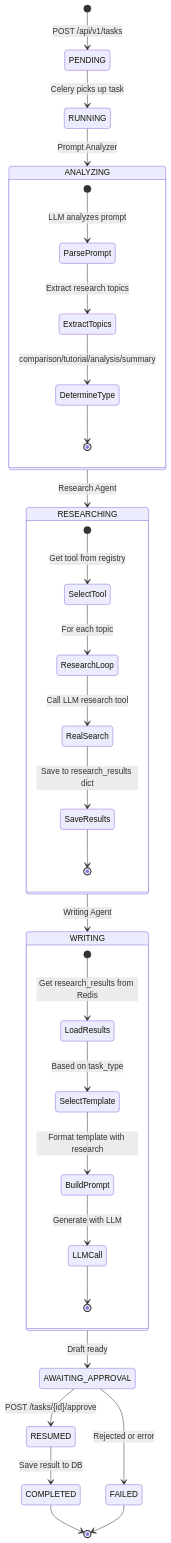
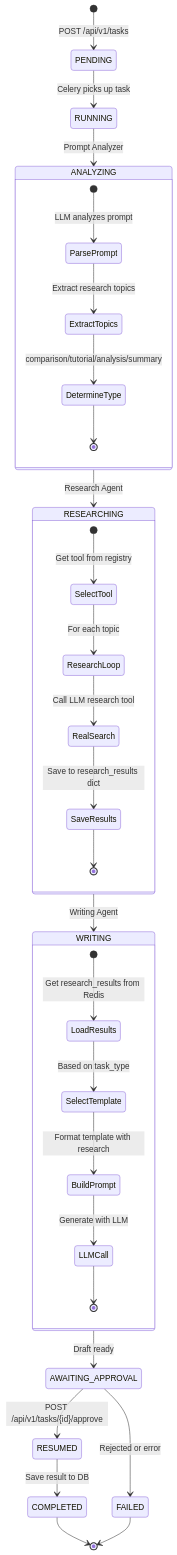
Before and after one commit to angad2803/multi-agent-workflow: the second of 5 diagrams in ARCHITECTURE.md, drawn with Mermaid. The commit also changed other lines of this file and 11 other files, not shown here.

````diff
--- a/ARCHITECTURE.md
+++ b/ARCHITECTURE.md
@@ -45,40 +45,40 @@
 ```mermaid
 stateDiagram-v2
     [*] --> PENDING: POST /api/v1/tasks
     PENDING --> RUNNING: Celery picks up task
     RUNNING --> ANALYZING: Prompt Analyzer
-    
+
     state ANALYZING {
         [*] --> ParsePrompt: LLM analyzes prompt
         ParsePrompt --> ExtractTopics: Extract research topics
         ExtractTopics --> DetermineType: comparison/tutorial/analysis/summary
         DetermineType --> [*]
     }
-    
+
     ANALYZING --> RESEARCHING: Research Agent
-    
+
     state RESEARCHING {
         [*] --> SelectTool: Get tool from registry
         SelectTool --> ResearchLoop: For each topic
         ResearchLoop --> RealSearch: Call LLM research tool
         RealSearch --> SaveResults: Save to research_results dict
         SaveResults --> [*]
     }
-    
+
     RESEARCHING --> WRITING: Writing Agent
-    
+
     state WRITING {
         [*] --> LoadResults: Get research_results from Redis
         LoadResults --> SelectTemplate: Based on task_type
         SelectTemplate --> BuildPrompt: Format template with research
         BuildPrompt --> LLMCall: Generate with LLM
         LLMCall --> [*]
     }
-    
+
     WRITING --> AWAITING_APPROVAL: Draft ready
-    AWAITING_APPROVAL --> RESUMED: POST /tasks/{id}/approve
+    AWAITING_APPROVAL --> RESUMED: POST /api/v1/tasks/{id}/approve
     RESUMED --> COMPLETED: Save result to DB
     AWAITING_APPROVAL --> FAILED: Rejected or error
     COMPLETED --> [*]
     FAILED --> [*]
 ```
````
